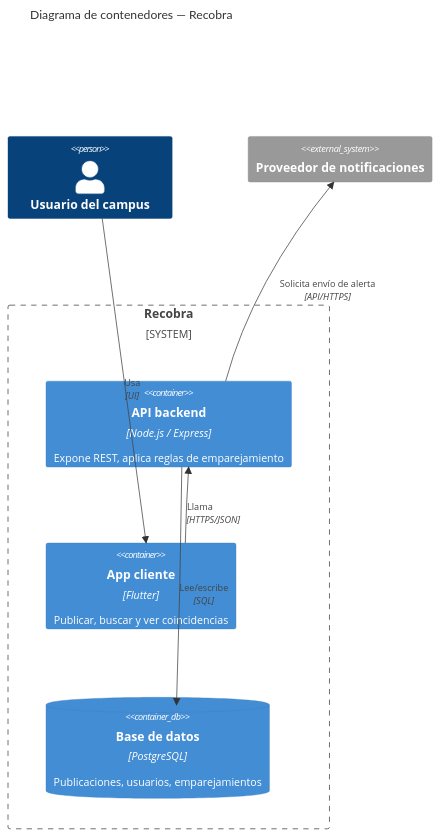
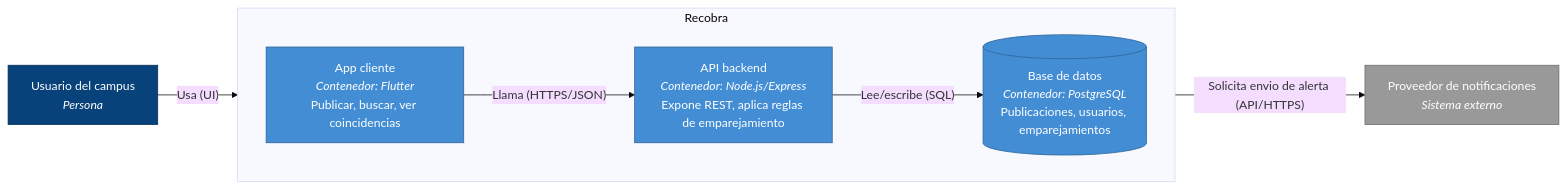
The second of 2 diagrams in docs/c4/README.md (ISCOUTB/AS_202620_Recobra), drawn with Mermaid (base theme) before and after one commit. The commit also changed other lines of this file, not shown here.

````diff
--- a/docs/c4/README.md
+++ b/docs/c4/README.md
@@ -30,19 +31,26 @@
 ```mermaid
-C4Container
-    title Diagrama de contenedores — Recobra
+flowchart LR
+    usuario["Usuario del campus<br/><i>Persona</i>"]
 
-    Person(usuario, "Usuario del campus")
+    subgraph recobra["Recobra"]
+        direction LR
+        app["App cliente<br/><i>Contenedor: Flutter</i><br/>Publicar, buscar, ver coincidencias"]
+        api["API backend<br/><i>Contenedor: Node.js/Express</i><br/>Expone REST, aplica reglas de emparejamiento"]
+        db[("Base de datos<br/><i>Contenedor: PostgreSQL</i><br/>Publicaciones, usuarios, emparejamientos")]
+    end
 
-    System_Boundary(recobra, "Recobra") {
-        Container(api, "API backend", "Node.js / Express", "Expone REST, aplica reglas de emparejamiento")
-        Container(app, "App cliente", "Flutter", "Publicar, buscar y ver coincidencias")
-        ContainerDb(db, "Base de datos", "PostgreSQL", "Publicaciones, usuarios, emparejamientos")
-    }
+    notif["Proveedor de notificaciones<br/><i>Sistema externo</i>"]
 
-    System_Ext(notificaciones, "Proveedor de notificaciones")
+    usuario -->|"Usa (UI)"| app
+    app -->|"Llama (HTTPS/JSON)"| api
+    api -->|"Lee/escribe (SQL)"| db
+    api -->|"Solicita envio de alerta (API/HTTPS)"| notif
 
-    Rel(usuario, app, "Usa", "UI")
-    Rel(app, api, "Llama", "HTTPS/JSON")
-    Rel(api, db, "Lee/escribe", "SQL")
-    Rel(api, notificaciones, "Solicita envío de alerta", "API/HTTPS")
+    classDef persona fill:#08427b,color:#fff,stroke:#052e56;
+    classDef contenedor fill:#438dd5,color:#fff,stroke:#2e6295;
+    classDef externo fill:#999999,color:#fff,stroke:#6b6b6b;
+
+    class usuario persona;
+    class app,api,db contenedor;
+    class notif externo;
 ```
````
